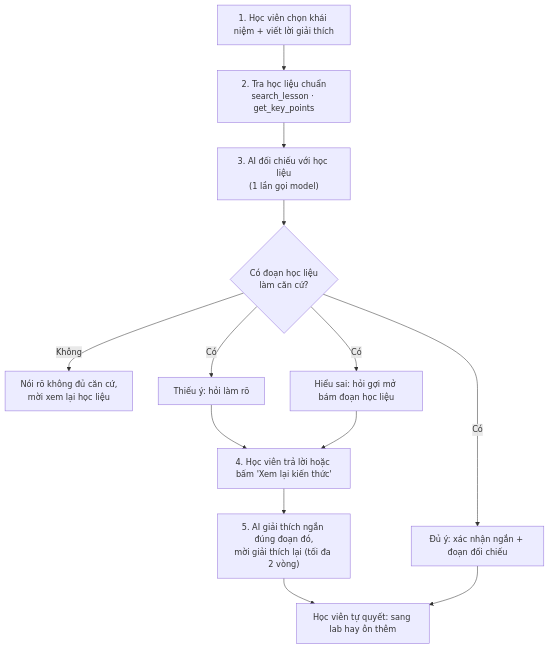
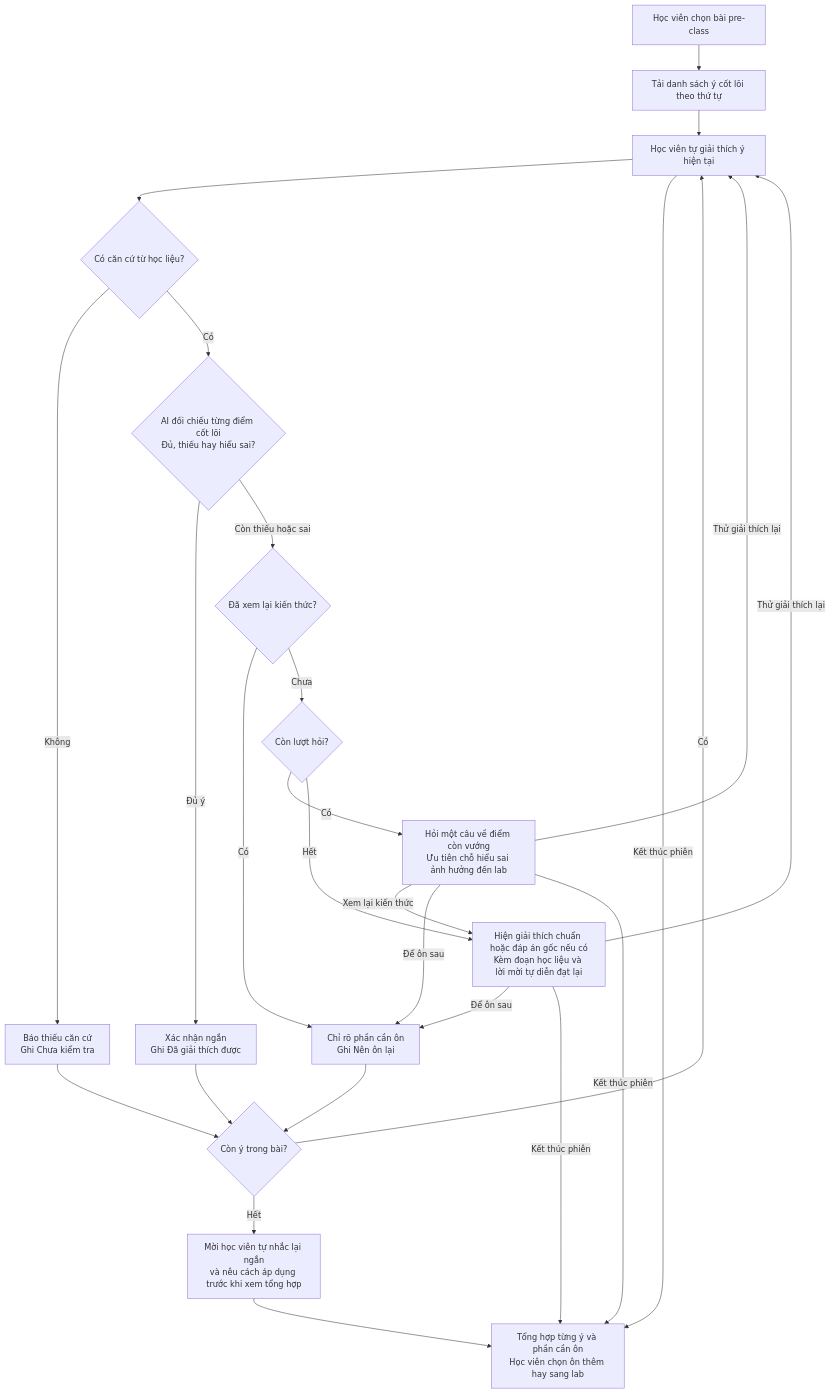
Before and after one commit to hnamyud/K5-Day15-L3B-HelloWorld: the diagram in spec.md, drawn with Mermaid. The commit also changed other lines of this file, not shown here.

Commit message:
Update spec.md: revise §4 design flow and Mermaid diagram

````diff
--- a/spec.md
+++ b/spec.md
@@ -51,15 +51,28 @@
 ```mermaid
 flowchart TD
-  A["1. Học viên chọn khái niệm + viết lời giải thích"] --> B["2. Tra học liệu chuẩn<br/>search_lesson · get_key_points"]
-  B --> C["3. AI đối chiếu với học liệu<br/>(1 lần gọi model)"]
-  C --> D{"Có đoạn học liệu<br/>làm căn cứ?"}
-  D -- Không --> R["Nói rõ không đủ căn cứ,<br/>mời xem lại học liệu"]
-  D -- Có --> O1["Thiếu ý: hỏi làm rõ"]
-  D -- Có --> O2["Hiểu sai: hỏi gợi mở bám đoạn học liệu"]
-  D -- Có --> O3["Đủ ý: xác nhận ngắn + đoạn đối chiếu"]
-  O1 --> S["4. Học viên trả lời hoặc bấm 'Xem lại kiến thức'"]
-  O2 --> S
-  S --> X["5. AI giải thích ngắn đúng đoạn đó,<br/>mời giải thích lại (tối đa 2 vòng)"]
-  X --> E["Học viên tự quyết: sang lab hay ôn thêm"]
-  O3 --> E
+  A["Học viên chọn bài pre-class"] --> B["Tải danh sách ý cốt lõi theo thứ tự"]
+  B --> C["Học viên tự giải thích ý hiện tại"]
+  C --> D{"Có căn cứ từ học liệu?"}
+  D -- Không --> R["Báo thiếu căn cứ<br/>Ghi Chưa kiểm tra"]
+  D -- Có --> H{"AI đối chiếu từng điểm cốt lõi<br/>Đủ, thiếu hay hiểu sai?"}
+  H -- Đủ ý --> O["Xác nhận ngắn<br/>Ghi Đã giải thích được"]
+  H -- Còn thiếu hoặc sai --> L{"Đã xem lại kiến thức?"}
+  L -- Có --> N["Chỉ rõ phần cần ôn<br/>Ghi Nên ôn lại"]
+  L -- Chưa --> Q{"Còn lượt hỏi?"}
+  Q -- Có --> G["Hỏi một câu về điểm còn vướng<br/>Ưu tiên chỗ hiểu sai ảnh hưởng đến lab"]
+  Q -- Hết --> X["Hiện giải thích chuẩn hoặc đáp án gốc nếu có<br/>Kèm đoạn học liệu và lời mời tự diễn đạt lại"]
+  G -- Thử giải thích lại --> C
+  G -- Xem lại kiến thức --> X
+  G -- Để ôn sau --> N
+  G -- Kết thúc phiên --> E
+  X -- Thử giải thích lại --> C
+  X -- Để ôn sau --> N
+  X -- Kết thúc phiên --> E
+  C -- Kết thúc phiên --> E
+  O --> T{"Còn ý trong bài?"}
+  N --> T
+  R --> T
+  T -- Có --> C
+  T -- Hết --> F["Mời học viên tự nhắc lại ngắn<br/>và nêu cách áp dụng trước khi xem tổng hợp"]
+  F --> E["Tổng hợp từng ý và phần cần ôn<br/>Học viên chọn ôn thêm hay sang lab"]
 ```
````
